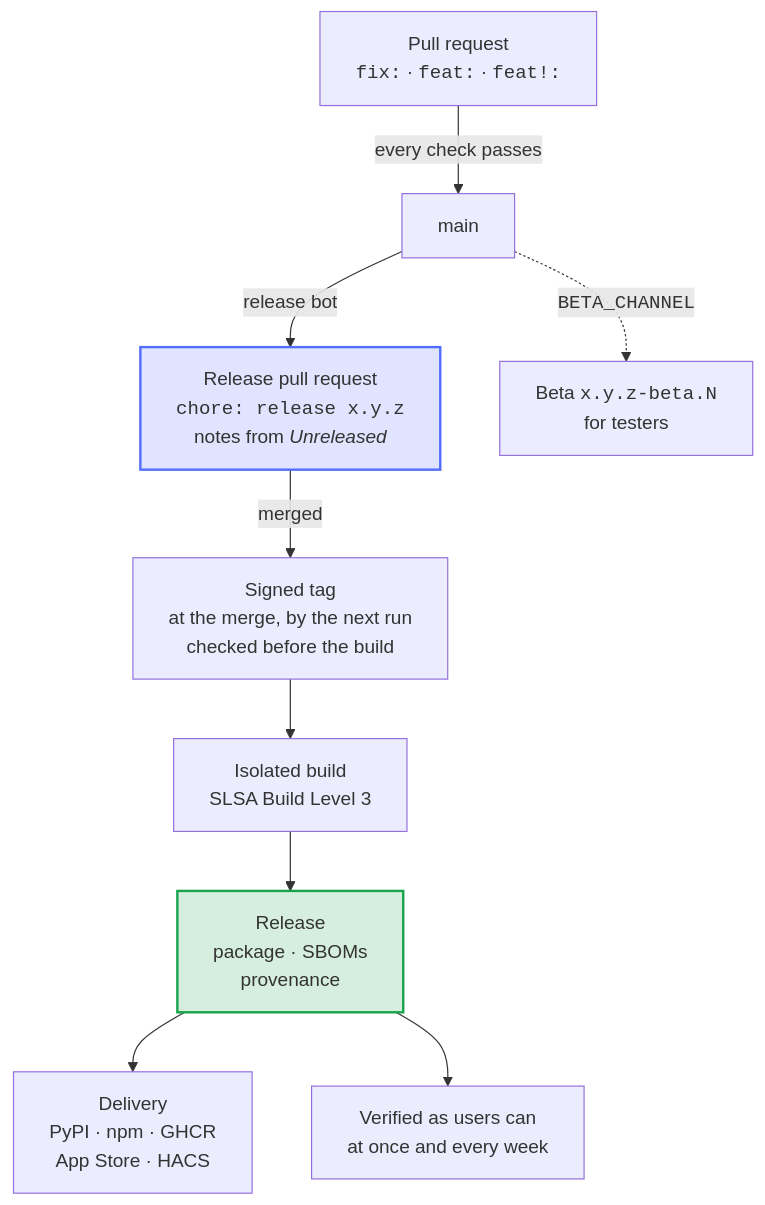
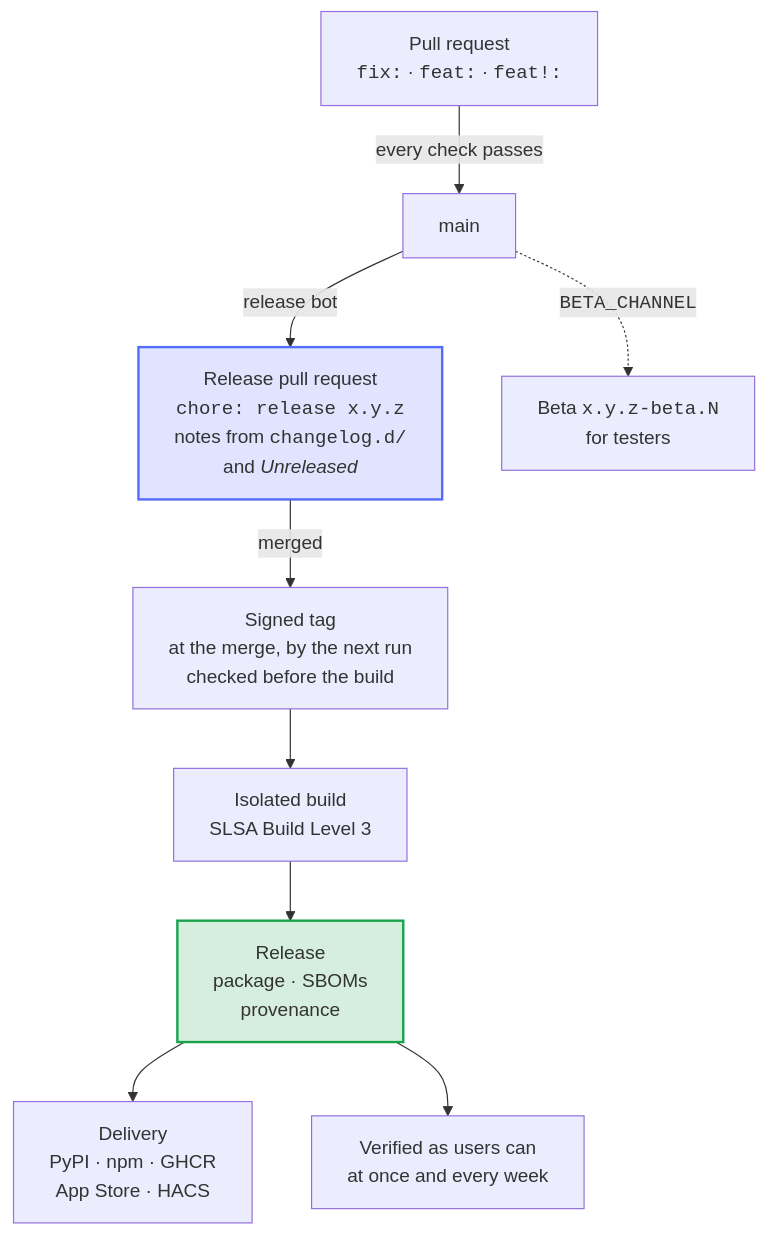
One commit to Dennis-Otto/repo-blueprint changed the second of 11 diagrams in README.md. Above: the diagram before and after it, drawn with Mermaid. The commit also changed other lines of this file and 27 other files, not shown here.

````diff
--- a/README.md
+++ b/README.md
@@ -97,32 +97,32 @@
 ```mermaid
 ---
 config:
   flowchart:
     wrappingWidth: 400
 ---
 flowchart TB
     accTitle: From a change to a release
-    accDescr: A pull request whose title is fix, feat or feat! merges into main once every check passes. The release bot keeps a release pull request with the next version and the text of Unreleased. Merging it signs its tag first, in the next run of the release bot, then builds the release in isolation once the tag checks out, signs and publishes it, delivers it and verifies it, then and every week. With BETA_CHANNEL, every change for users also becomes a beta.
+    accDescr: A pull request whose title is fix, feat or feat! merges into main once every check passes. The release bot keeps a release pull request with the next version and the text of the fragments and of Unreleased. Merging it signs its tag first, in the next run of the release bot, then builds the release in isolation once the tag checks out, signs and publishes it, delivers it and verifies it, then and every week. With BETA_CHANNEL, every change for users also becomes a beta.
 
     pr["Pull request<br><code>fix:</code> · <code>feat:</code> · <code>feat!:</code>"]
     main["main"]
-    rpr["Release pull request<br><code>chore: release x.y.z</code><br>notes from <i>Unreleased</i>"]
+    rpr["Release pull request<br><code>chore: release x.y.z</code><br>notes from <code>changelog.d/</code><br>and <i>Unreleased</i>"]
     beta["Beta <code>x.y.z-beta.N</code><br>for testers"]
     tag["Signed tag<br>at the merge, by the next run<br>checked before the build"]
     build["Isolated build<br>SLSA Build Level 3"]
     release["Release<br>package · SBOMs<br>provenance"]
     deliver["Delivery<br>PyPI · npm · GHCR<br>App Store · HACS"]
     verify["Verified as users can<br>at once and every week"]
 
     pr -- "every check passes" --> main
     main -- "release bot" --> rpr
     main -. "<code>BETA_CHANNEL</code>" .-> beta
     rpr -- "merged" --> tag --> build --> release
     release --> deliver
     release --> verify
 
     classDef bot fill:#526cfe2e,stroke:#526cfe,stroke-width:2px
     classDef done fill:#16a34a2e,stroke:#16a34a,stroke-width:2px
     class rpr bot
     class release done
 ```
````
